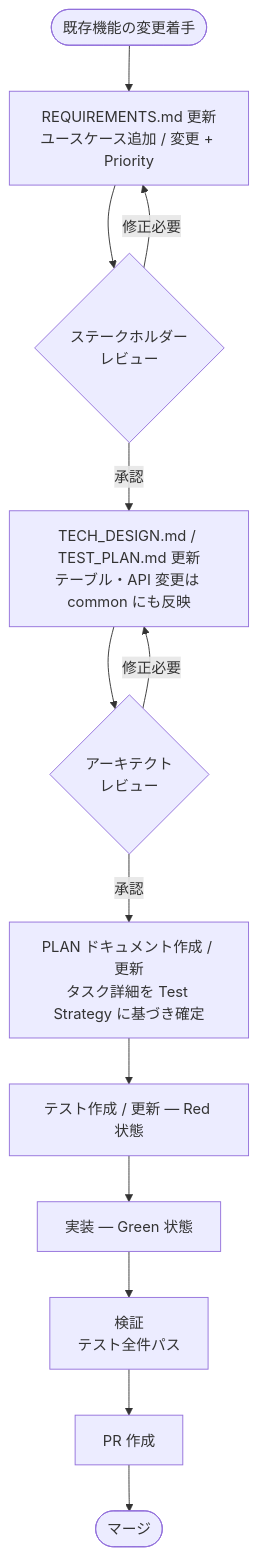
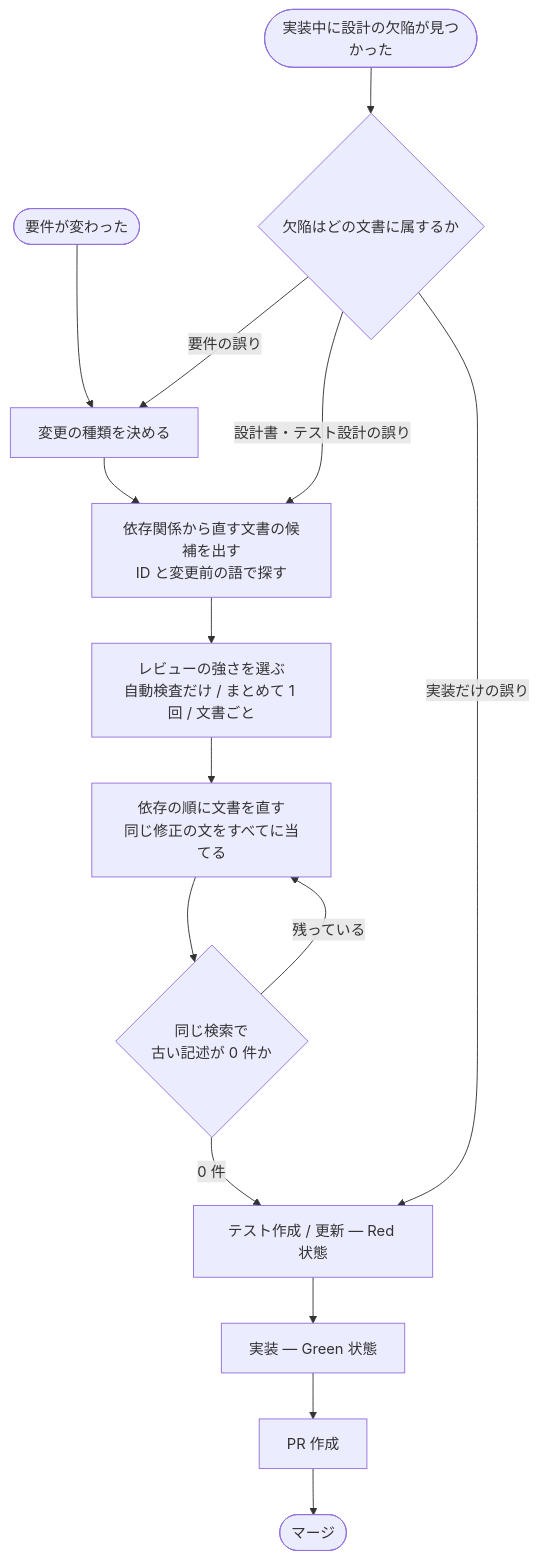
One commit to careerchain-ys/stdd changed the third of 5 diagrams in packages/core/docs/stdd-methodology.md. Above: the diagram before and after it, drawn with Mermaid. The commit also changed other lines of this file and 28 other files, not shown here.

````diff
--- a/packages/core/docs/stdd-methodology.md
+++ b/packages/core/docs/stdd-methodology.md
@@ -206,27 +216,30 @@
 ```mermaid
 flowchart TD
-    Start([既存機能の変更着手])
-    Req[REQUIREMENTS.md 更新<br/>ユースケース追加 / 変更 + Priority]
-    StakeholderReview{ステークホルダー<br/>レビュー}
-    Tech[TECH_DESIGN.md / TEST_PLAN.md 更新<br/>テーブル・API 変更は common にも反映]
-    ArchReview{アーキテクト<br/>レビュー}
-    Plan[PLAN ドキュメント作成 / 更新<br/>タスク詳細を Test Strategy に基づき確定]
+    R([要件が変わった])
+    E([実装中に設計の欠陥が見つかった])
+    Owner{欠陥はどの文書に属するか}
+    Kind[変更の種類を決める]
+    Targets[依存関係から直す文書の候補を出す<br/>ID と変更前の語で探す]
+    Strength[レビューの強さを選ぶ<br/>自動検査だけ / まとめて 1 回 / 文書ごと]
+    Fix[依存の順に文書を直す<br/>同じ修正の文をすべてに当てる]
+    Residual{同じ検索で<br/>古い記述が 0 件か}
     Red[テスト作成 / 更新 — Red 状態]
     Green[実装 — Green 状態]
-    Verify[検証<br/>テスト全件パス]
     PR[PR 作成]
     Merge([マージ])
 
-    Start --> Req
-    Req --> StakeholderReview
-    StakeholderReview -- 修正必要 --> Req
-    StakeholderReview -- 承認 --> Tech
-    Tech --> ArchReview
-    ArchReview -- 修正必要 --> Tech
-    ArchReview -- 承認 --> Plan
-    Plan --> Red
+    R --> Kind
+    E --> Owner
+    Owner -- 要件の誤り --> Kind
+    Owner -- 設計書・テスト設計の誤り --> Targets
+    Owner -- 実装だけの誤り --> Red
+    Kind --> Targets
+    Targets --> Strength
+    Strength --> Fix
+    Fix --> Residual
+    Residual -- 残っている --> Fix
+    Residual -- 0 件 --> Red
     Red --> Green
-    Green --> Verify
-    Verify --> PR
+    Green --> PR
     PR --> Merge
 ```
````
